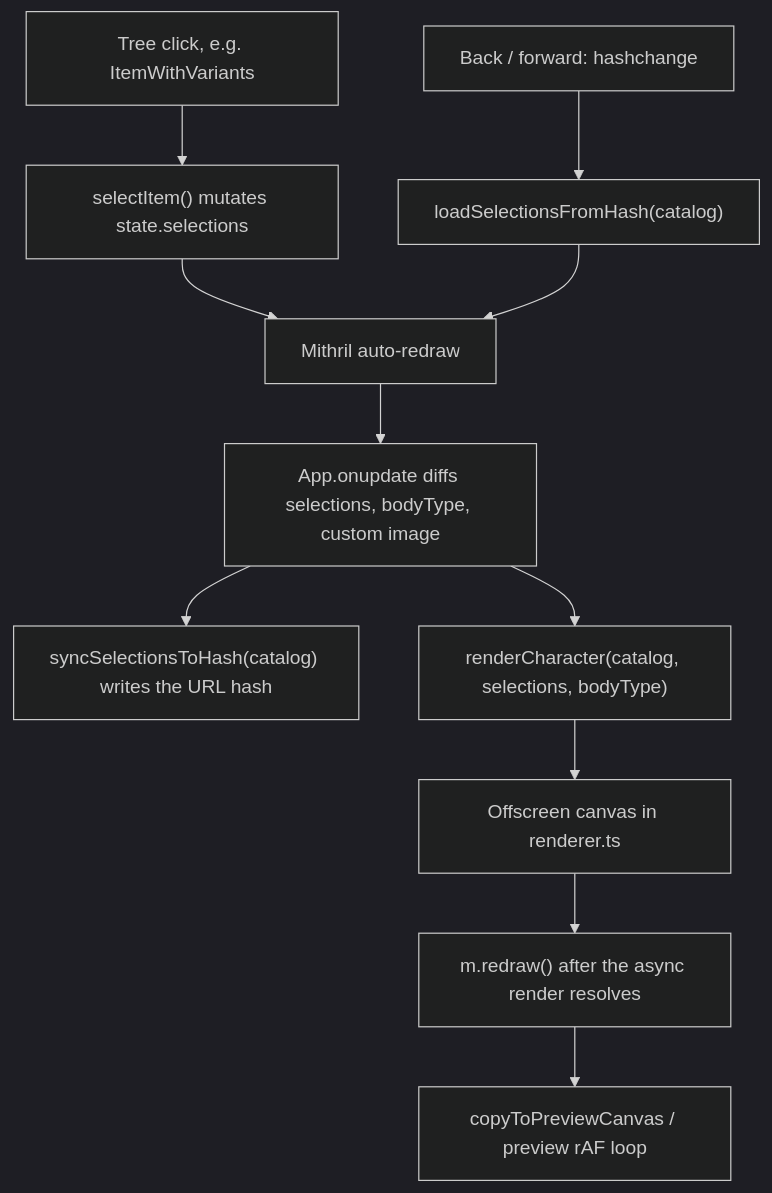
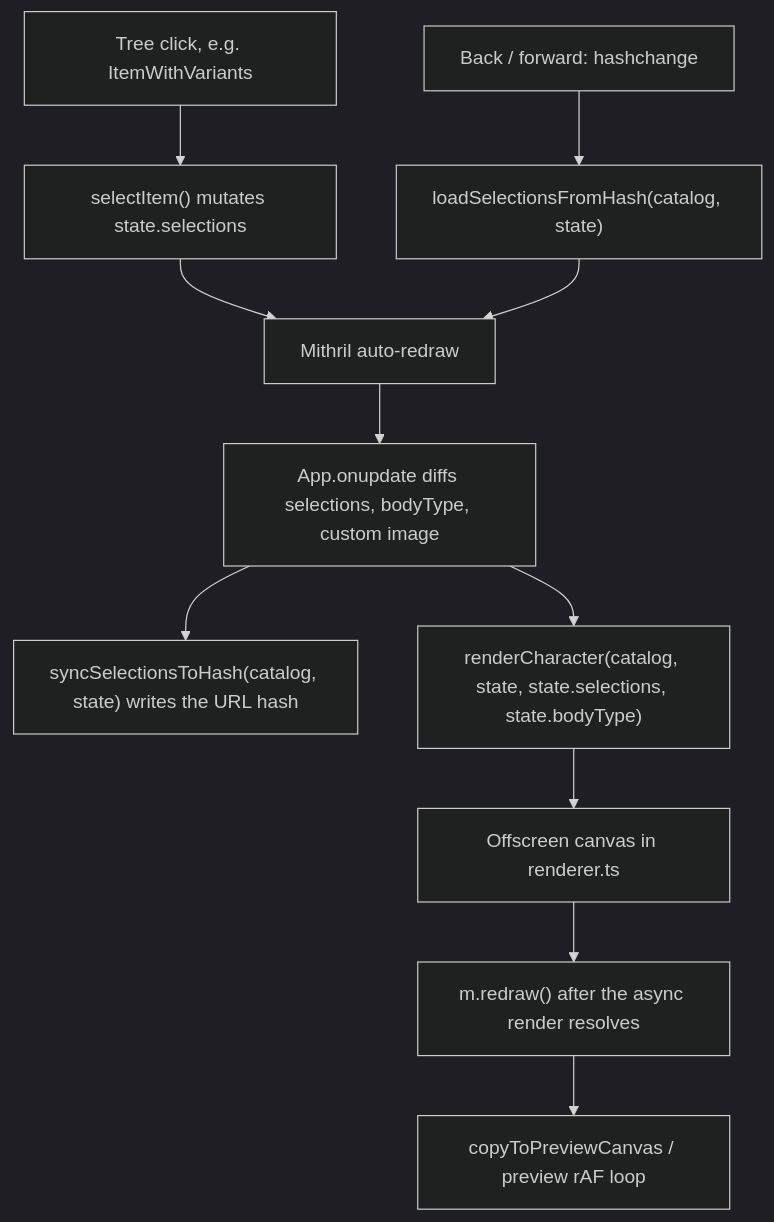
One commit to LiberatedPixelCup/Universal-LPC-Spritesheet-Character-Generator changed the diagram in ARCHITECTURE.md. Above: the diagram before and after it, drawn with Mermaid (dark theme). The commit also changed other lines of this file and 3 other files, not shown here.

Commit message:
docs: document state DI and fix stale architecture claims

````diff
--- a/ARCHITECTURE.md
+++ b/ARCHITECTURE.md
@@ -71,13 +77,13 @@
 ```mermaid
 flowchart TD
   treeClick["Tree click, e.g. ItemWithVariants"] --> selectItem["selectItem() mutates state.selections"]
   selectItem --> redraw["Mithril auto-redraw"]
   redraw --> onupdate["App.onupdate diffs selections, bodyType, custom image"]
-  onupdate --> hash["syncSelectionsToHash(catalog) writes the URL hash"]
-  onupdate --> render["renderCharacter(catalog, selections, bodyType)"]
+  onupdate --> hash["syncSelectionsToHash(catalog, state) writes the URL hash"]
+  onupdate --> render["renderCharacter(catalog, state, state.selections, state.bodyType)"]
   render --> offscreen["Offscreen canvas in renderer.ts"]
   offscreen --> redraw2["m.redraw() after the async render resolves"]
   redraw2 --> preview["copyToPreviewCanvas / preview rAF loop"]
-  hashchange["Back / forward: hashchange"] --> load["loadSelectionsFromHash(catalog)"]
+  hashchange["Back / forward: hashchange"] --> load["loadSelectionsFromHash(catalog, state)"]
   load --> redraw
 ```
````
